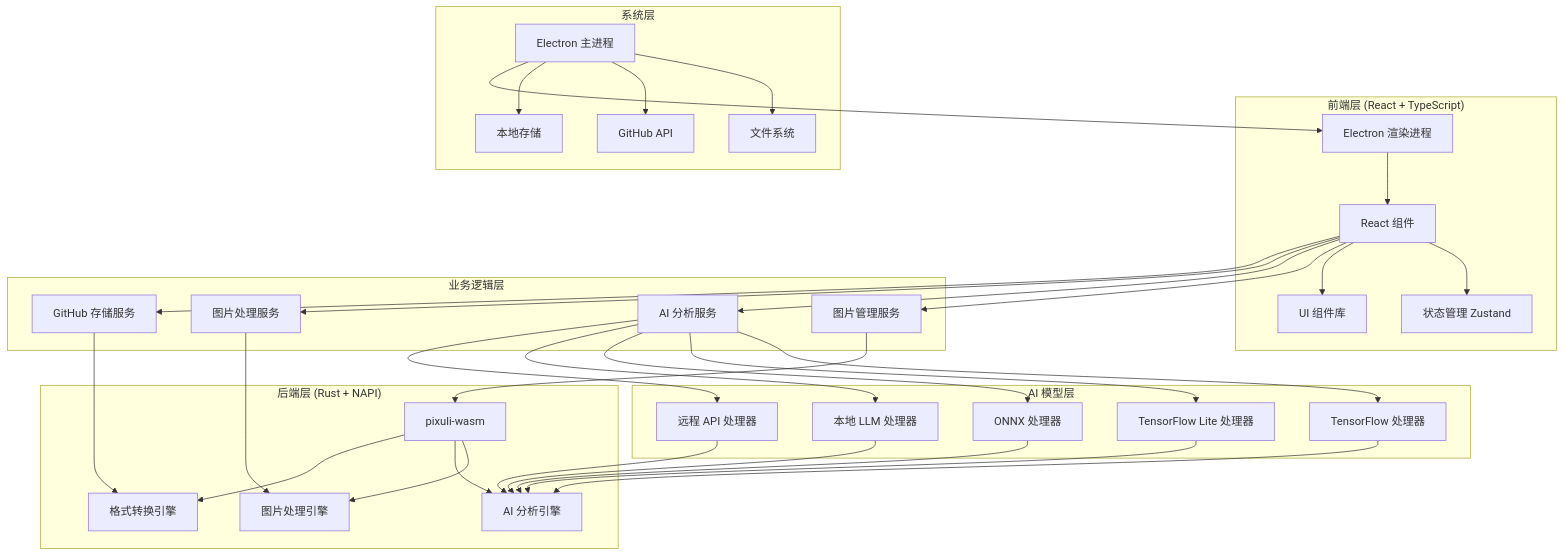
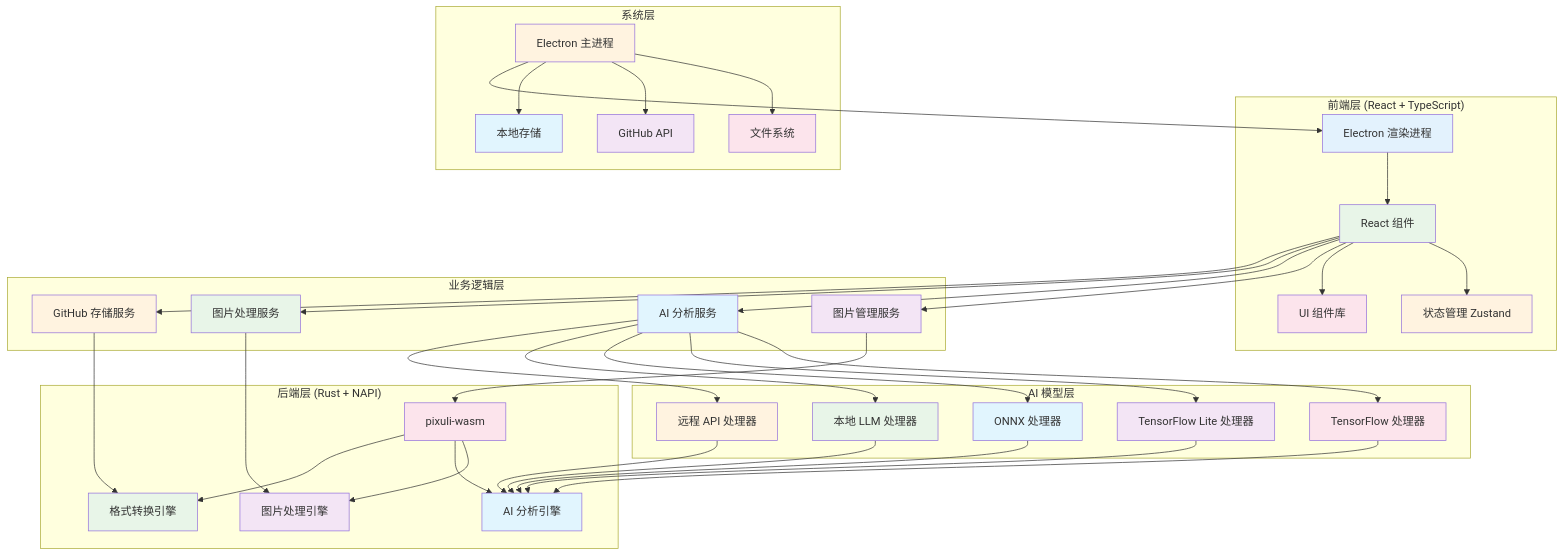
Before and after one commit to trueLoving/Pixuli: the second of 2 diagrams in README.md, drawn with Mermaid. The commit also changed other lines of this file, not shown here.

First line of the commit message:
README.md 添加 Mermaid 图表：主要功能和技术架构可视化

````diff
--- a/README.md
+++ b/README.md
@@ -127,4 +135,26 @@
     R --> T
     R --> U
     R --> A
+    
+    style A fill:#e3f2fd
+    style B fill:#e8f5e8
+    style C fill:#fff3e0
+    style D fill:#fce4ec
+    style E fill:#f3e5f5
+    style F fill:#e1f5fe
+    style G fill:#e8f5e8
+    style H fill:#fff3e0
+    style I fill:#fce4ec
+    style J fill:#f3e5f5
+    style K fill:#e1f5fe
+    style L fill:#e8f5e8
+    style M fill:#fff3e0
+    style N fill:#fce4ec
+    style O fill:#f3e5f5
+    style P fill:#e1f5fe
+    style Q fill:#e8f5e8
+    style R fill:#fff3e0
+    style S fill:#fce4ec
+    style T fill:#f3e5f5
+    style U fill:#e1f5fe
 ```
````
